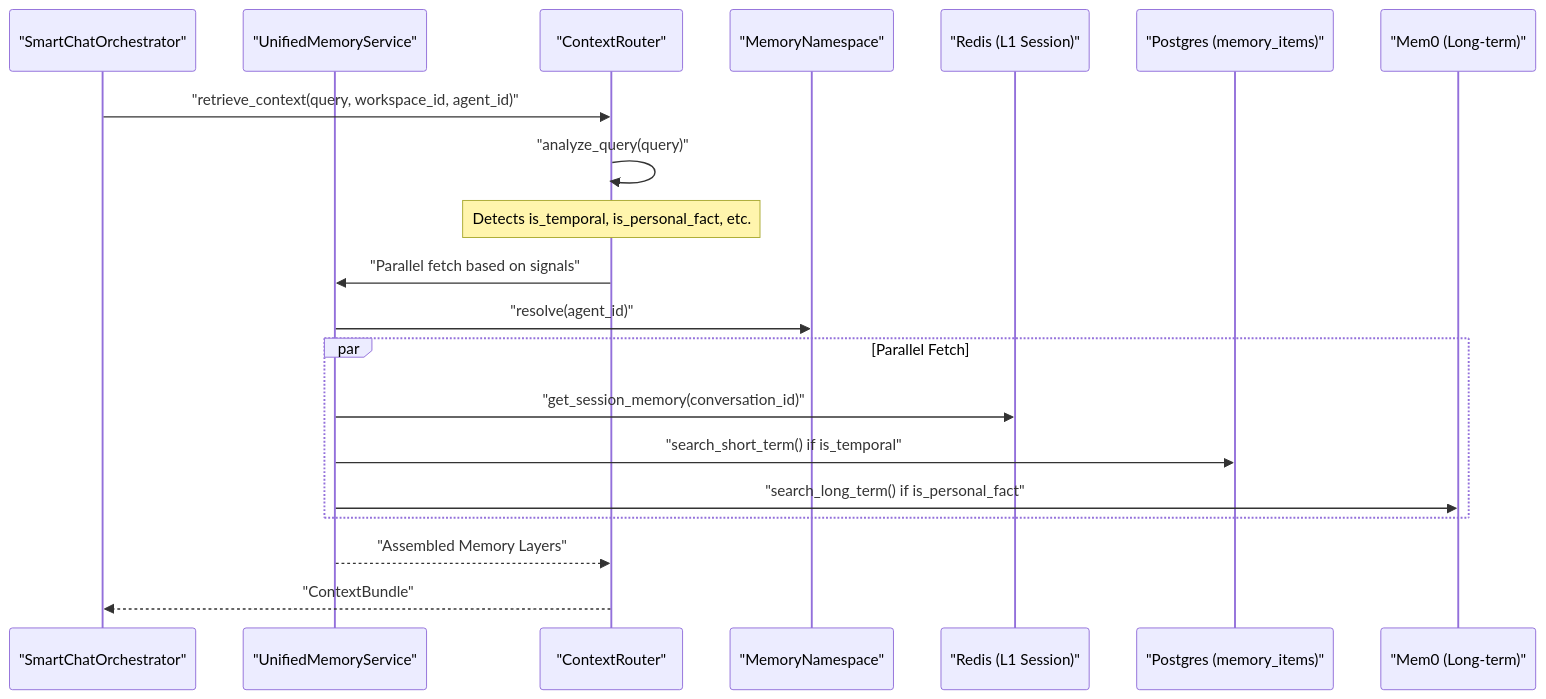
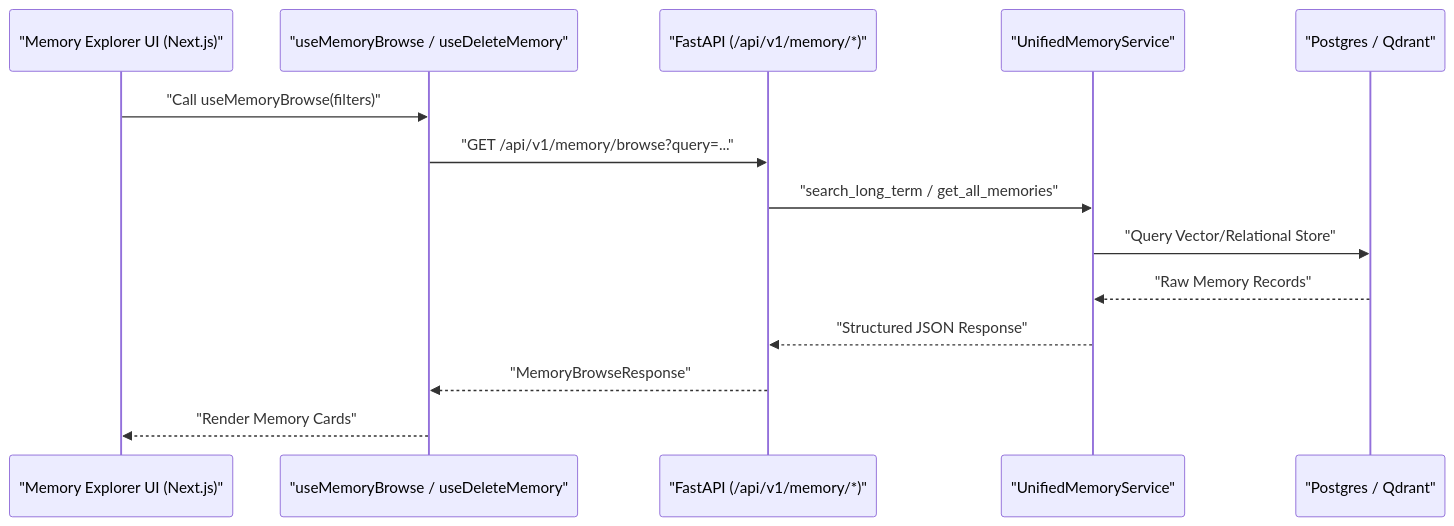
The second of 2 diagrams in docs/memory-system/memory-api-reference.md (AutomatosAI/automatos-ai), drawn with Mermaid before and after one commit. The commit also changed other lines of this file and 191 other files, not shown here.

````diff
--- a/docs/memory-system/memory-api-reference.md
+++ b/docs/memory-system/memory-api-reference.md
@@ -133,25 +148,17 @@
 ```mermaid
 sequenceDiagram
-    participant App as "SmartChatOrchestrator"
+    participant UI as "Memory Explorer UI (Next.js)"
+    participant Hook as "useMemoryBrowse / useDeleteMemory"
+    participant API as "FastAPI (/api/v1/memory/*)"
     participant UMS as "UnifiedMemoryService"
-    participant CR as "ContextRouter"
-    participant NS as "MemoryNamespace"
-    participant L1 as "Redis (L1 Session)"
-    participant L2 as "Postgres (memory_items)"
-    participant L3 as "Mem0 (Long-term)"
+    participant DB as "Postgres / Qdrant"
 
-    App->>CR: "retrieve_context(query, workspace_id, agent_id)"
-    CR->>CR: "analyze_query(query)"
-    Note over CR: Detects is_temporal, is_personal_fact, etc.
-    CR->>UMS: "Parallel fetch based on signals"
-    UMS->>NS: "resolve(agent_id)"
-    
-    par Parallel Fetch
-        UMS->>L1: "get_session_memory(conversation_id)"
-        UMS->>L2: "search_short_term() if is_temporal"
-        UMS->>L3: "search_long_term() if is_personal_fact"
-    end
-    
-    UMS-->>CR: "Assembled Memory Layers"
-    CR-->>App: "ContextBundle"
+    UI->>Hook: "Call useMemoryBrowse(filters)"
+    Hook->>API: "GET /api/v1/memory/browse?query=..."
+    API->>UMS: "search_long_term / get_all_memories"
+    UMS->>DB: "Query Vector/Relational Store"
+    DB-->>UMS: "Raw Memory Records"
+    UMS-->>API: "Structured JSON Response"
+    API-->>Hook: "MemoryBrowseResponse"
+    Hook-->>UI: "Render Memory Cards"
 ```
````
